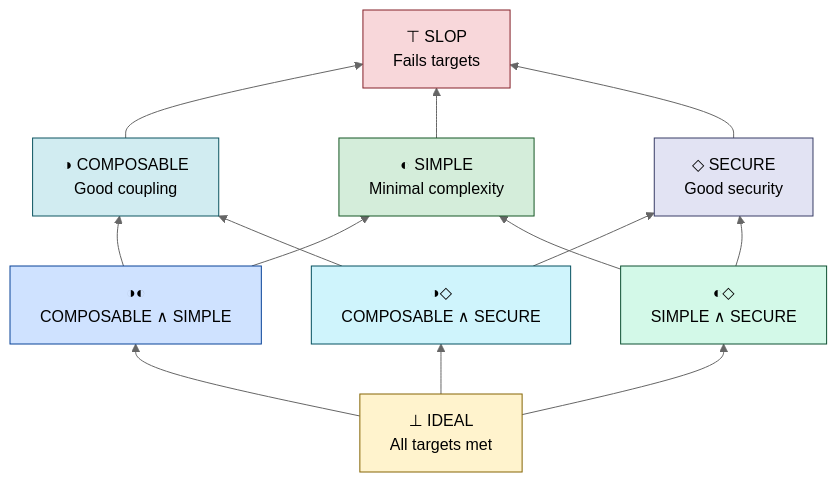
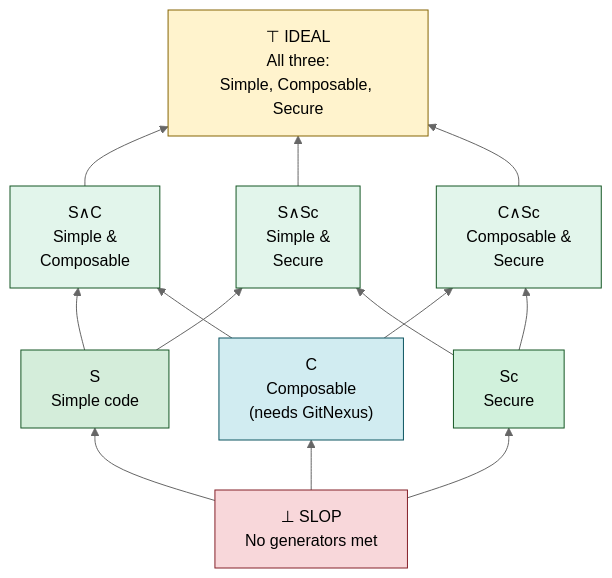
The diagram in README.md (Krv-Labs/topos), drawn with Mermaid (neutral theme) before and after one commit. The commit also changed other lines of this file and 13 other files, not shown here.

First line of the commit message:
docs: align documentation with 3-pillar architecture

````diff
--- a/README.md
+++ b/README.md
@@ -24,38 +24,33 @@
 ```mermaid
 graph BT
-    IDEAL["⊥ IDEAL<br/>All targets met"]
+    SLOP["⊥ SLOP<br/>No generators met"]
+    SIMPLE["S<br/>Simple code"]
+    COMPOSABLE["C<br/>Composable<br/>(needs GitNexus)"]
+    SECURE["Sc<br/>Secure"]
+    SC["S∧C<br/>Simple &<br/>Composable"]
+    SSc["S∧Sc<br/>Simple &<br/>Secure"]
+    CSc["C∧Sc<br/>Composable &<br/>Secure"]
+    IDEAL["⊤ IDEAL<br/>All three:<br/>Simple, Composable, Secure"]
 
-    CS["◑◐<br/>COMPOSABLE ∧ SIMPLE"]
-    CSEC["◑◇<br/>COMPOSABLE ∧ SECURE"]
-    SSEC["◐◇<br/>SIMPLE ∧ SECURE"]
+    SLOP --> SIMPLE
+    SLOP --> COMPOSABLE
+    SLOP --> SECURE
+    SIMPLE --> SC
+    SIMPLE --> SSc
+    COMPOSABLE --> SC
+    COMPOSABLE --> CSc
+    SECURE --> SSc
+    SECURE --> CSc
+    SC --> IDEAL
+    SSc --> IDEAL
+    CSc --> IDEAL
 
-    COMPOSABLE["◑ COMPOSABLE<br/>Good coupling"]
-    SIMPLE["◐ SIMPLE<br/>Minimal complexity"]
-    SECURE["◇ SECURE<br/>Good security"]
-
-    SLOP["⊤ SLOP<br/>Fails targets"]
-
-    IDEAL --> CS
-    IDEAL --> CSEC
-    IDEAL --> SSEC
-
-    CS --> COMPOSABLE
-    CS --> SIMPLE
-    CSEC --> COMPOSABLE
-    CSEC --> SECURE
-    SSEC --> SIMPLE
-    SSEC --> SECURE
-
-    COMPOSABLE --> SLOP
-    SIMPLE --> SLOP
-    SECURE --> SLOP
-
-    style SLOP           fill:#f8d7da,stroke:#842029,color:#000
-    style COMPOSABLE     fill:#d1ecf1,stroke:#0c5460,color:#000
-    style SIMPLE         fill:#d4edda,stroke:#155724,color:#000
-    style SECURE         fill:#e2e3f3,stroke:#383d66,color:#000
-    style CS             fill:#cfe2ff,stroke:#084298,color:#000
-    style CSEC           fill:#cff4fc,stroke:#055160,color:#000
-    style SSEC           fill:#d3f9e8,stroke:#0f5132,color:#000
-    style IDEAL          fill:#fff3cd,stroke:#856404,color:#000
+    style SLOP       fill:#f8d7da,stroke:#842029,color:#000
+    style SIMPLE     fill:#d4edda,stroke:#155724,color:#000
+    style COMPOSABLE fill:#d1ecf1,stroke:#0c5460,color:#000
+    style SECURE     fill:#d1f1dc,stroke:#155724,color:#000
+    style SC         fill:#e2f5eb,stroke:#155724,color:#000
+    style SSc        fill:#e2f5eb,stroke:#155724,color:#000
+    style CSc        fill:#e2f5eb,stroke:#155724,color:#000
+    style IDEAL      fill:#fff3cd,stroke:#856404,color:#000
 ```
````
